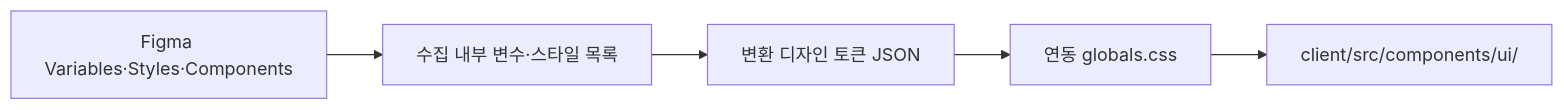
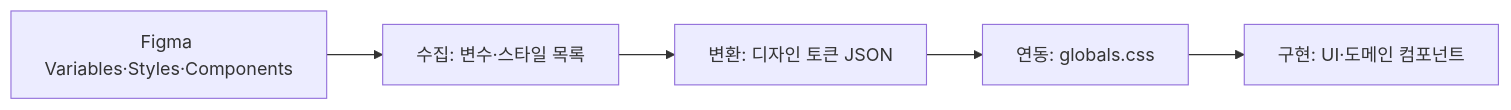
One commit to tkddnr1022/mealio changed the diagram in docs/docs/other/design-system.md. Above: the diagram before and after it, drawn with Mermaid. The commit also changed other lines of this file and 48 other files, not shown here.

````diff
--- a/docs/docs/other/design-system.md
+++ b/docs/docs/other/design-system.md
@@ -21,8 +23,8 @@
 ```mermaid
 flowchart LR
     F[Figma Variables·Styles·Components]
-    F --> S1[수집 내부 변수·스타일 목록]
-    S1 --> S2[변환 디자인 토큰 JSON]
-    S2 --> S3[연동 globals.css]
-    S3 --> C[client/src/components/ui/]
+    F --> S1[수집: 변수·스타일 목록]
+    S1 --> S2[변환: 디자인 토큰 JSON]
+    S2 --> S3[연동: globals.css]
+    S3 --> C[구현: UI·도메인 컴포넌트]
 ```
````
